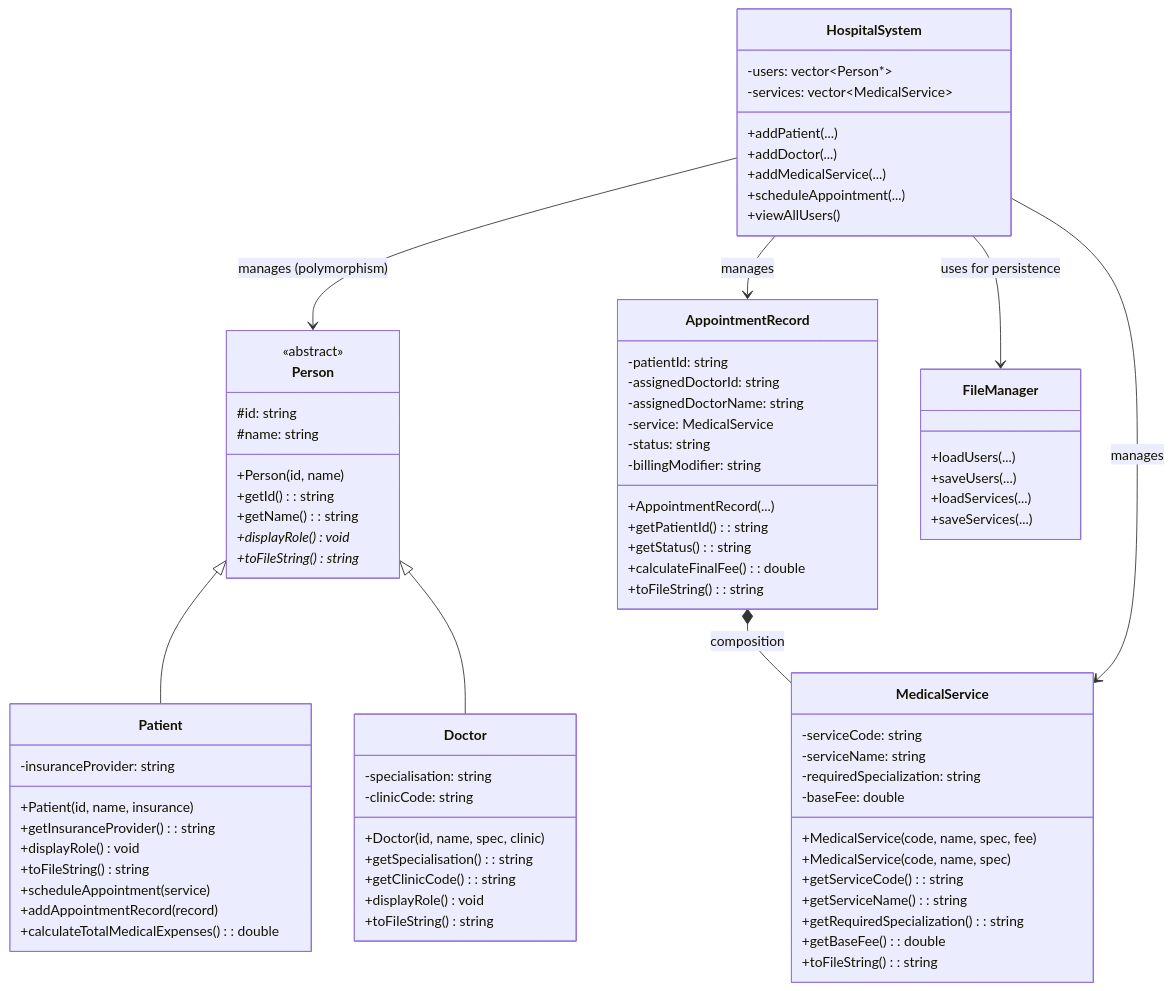
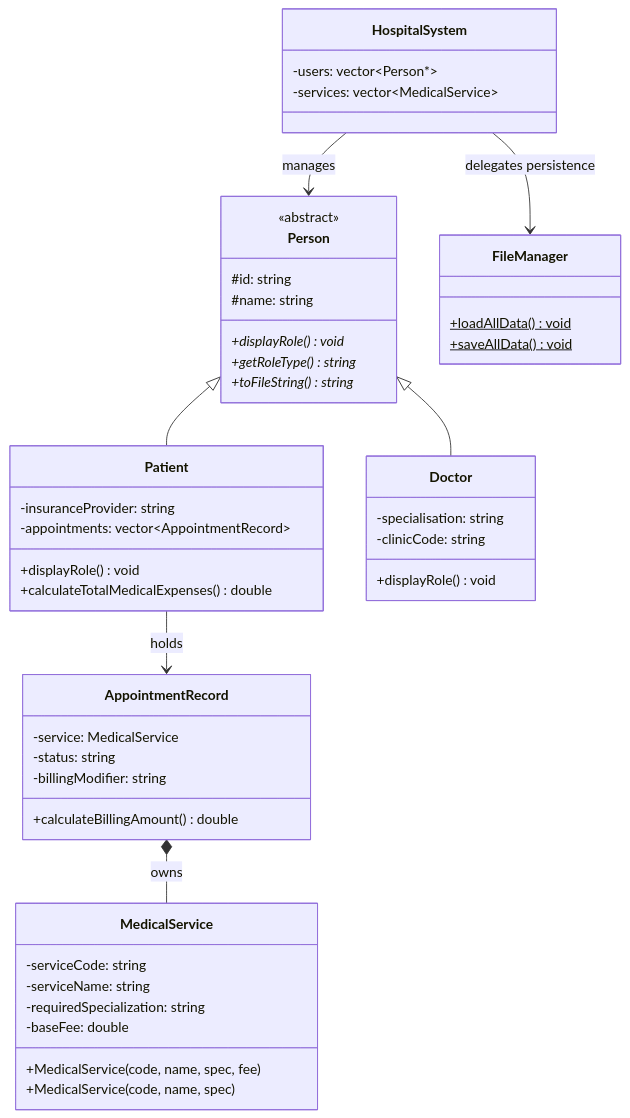
One commit to LouSens/Hospital-Management-System changed the diagram in README.md. Above: the diagram before and after it, drawn with Mermaid. The commit also changed other lines of this file, not shown here.

````diff
--- a/README.md
+++ b/README.md
@@ -251,32 +186,22 @@
         <<abstract>>
         #id: string
         #name: string
-        +Person(id, name)
-        +getId(): string
-        +getName(): string
         +displayRole()* void
+        +getRoleType()* string
         +toFileString()* string
     }
 
     class Patient {
         -insuranceProvider: string
-        +Patient(id, name, insurance)
-        +getInsuranceProvider(): string
+        -appointments: vector~AppointmentRecord~
         +displayRole() void
-        +toFileString() string
-        +scheduleAppointment(service)
-        +addAppointmentRecord(record)
-        +calculateTotalMedicalExpenses(): double
+        +calculateTotalMedicalExpenses() double
     }
 
     class Doctor {
         -specialisation: string
         -clinicCode: string
-        +Doctor(id, name, spec, clinic)
-        +getSpecialisation(): string
-        +getClinicCode(): string
         +displayRole() void
-        +toFileString() string
     }
 
     Person <|-- Patient
@@ -289,48 +214,28 @@
         -baseFee: double
         +MedicalService(code, name, spec, fee)
         +MedicalService(code, name, spec)
-        +getServiceCode(): string
-        +getServiceName(): string
-        +getRequiredSpecialization(): string
-        +getBaseFee(): double
-        +toFileString(): string
     }
 
     class AppointmentRecord {
-        -patientId: string
-        -assignedDoctorId: string
-        -assignedDoctorName: string
         -service: MedicalService
         -status: string
         -billingModifier: string
-        +AppointmentRecord(...)
-        +getPatientId(): string
-        +getStatus(): string
-        +calculateFinalFee(): double
-        +toFileString(): string
+        +calculateBillingAmount() double
     }
 
-    AppointmentRecord *-- MedicalService : composition
+    AppointmentRecord *-- MedicalService : owns
 
     class HospitalSystem {
         -users: vector~Person*~
         -services: vector~MedicalService~
-        +addPatient(...)
-        +addDoctor(...)
-        +addMedicalService(...)
-        +scheduleAppointment(...)
-        +viewAllUsers()
     }
 
     class FileManager {
-        +loadUsers(...)
-        +saveUsers(...)
-        +loadServices(...)
-        +saveServices(...)
+        +loadAllData()$ void
+        +saveAllData()$ void
     }
 
-    HospitalSystem --> Person : manages (polymorphism)
-    HospitalSystem --> MedicalService : manages
-    HospitalSystem --> AppointmentRecord : manages
-    HospitalSystem --> FileManager : uses for persistence
+    HospitalSystem --> Person : manages
+    HospitalSystem --> FileManager : delegates persistence
+    Patient --> AppointmentRecord : holds
 ```
````
